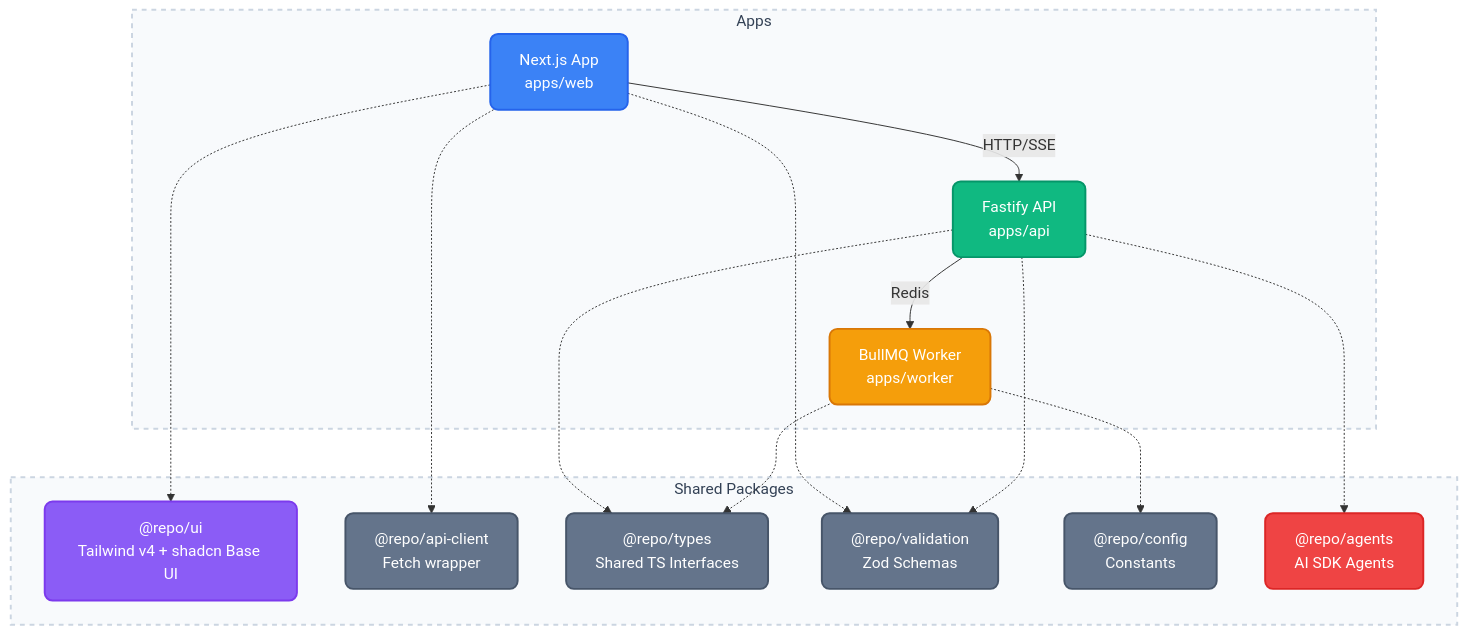
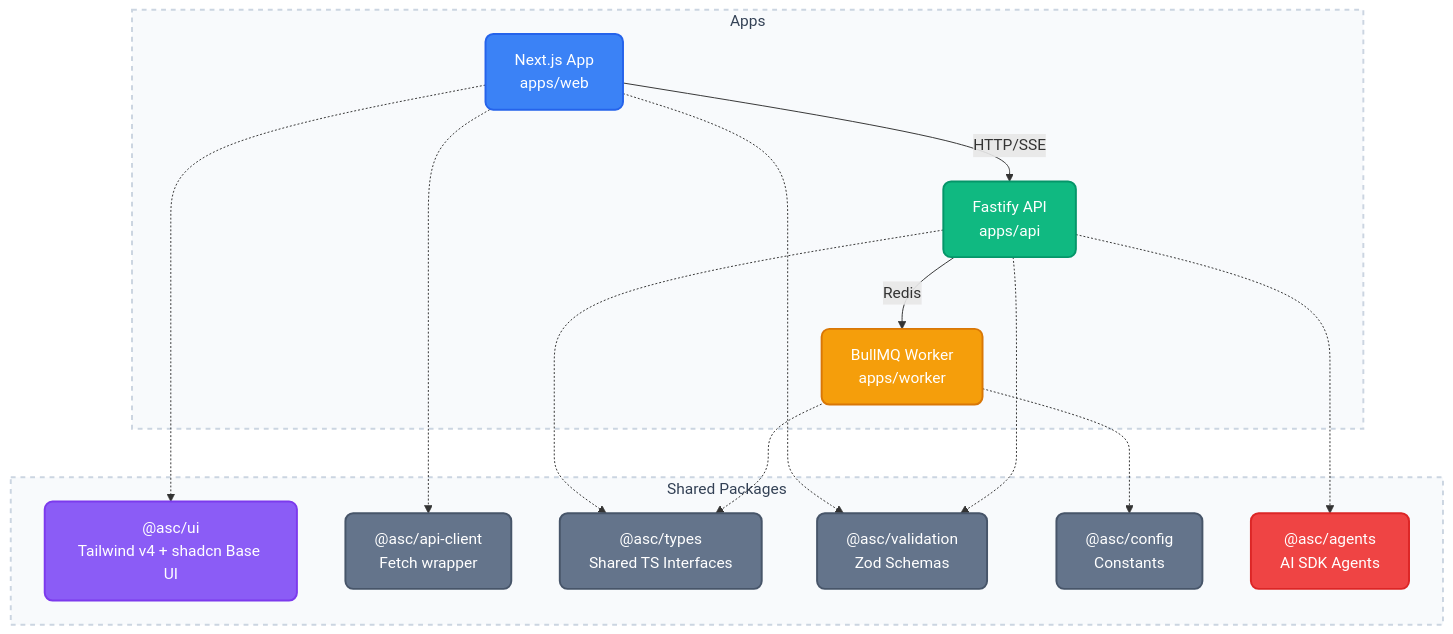
The diagram in README.md (imRahul05/ASC-EHR), drawn with Mermaid before and after one commit. The commit also changed 88 other files, not shown here.

First line of the commit message:
chore: rename internal package scope @repo/* -> @asc/*

````diff
--- a/README.md
+++ b/README.md
@@ -7,41 +7,41 @@
 ```mermaid
 flowchart TD
     %% Node Styling Definitions
     classDef webApp fill:#3b82f6,stroke:#2563eb,stroke-width:2px,color:#fff,rx:8px,ry:8px
     classDef apiApp fill:#10b981,stroke:#059669,stroke-width:2px,color:#fff,rx:8px,ry:8px
     classDef workerApp fill:#f59e0b,stroke:#d97706,stroke-width:2px,color:#fff,rx:8px,ry:8px
     classDef packageUI fill:#8b5cf6,stroke:#7c3aed,stroke-width:2px,color:#fff,rx:8px,ry:8px
     classDef packageCore fill:#64748b,stroke:#475569,stroke-width:2px,color:#fff,rx:8px,ry:8px
     classDef packageAI fill:#ef4444,stroke:#dc2626,stroke-width:2px,color:#fff,rx:8px,ry:8px
     classDef container fill:#f8fafc,stroke:#cbd5e1,stroke-width:2px,stroke-dasharray: 5 5,color:#334155
 
     subgraph Apps ["Apps"]
         Web["Next.js App<br/>apps/web"]:::webApp
         API["Fastify API<br/>apps/api"]:::apiApp
         Worker["BullMQ Worker<br/>apps/worker"]:::workerApp
     end
 
     subgraph SharedPackages ["Shared Packages"]
-        UI["@repo/ui<br/>Tailwind v4 + shadcn Base UI"]:::packageUI
-        APIClient["@repo/api-client<br/>Fetch wrapper"]:::packageCore
-        Types["@repo/types<br/>Shared TS Interfaces"]:::packageCore
-        Validation["@repo/validation<br/>Zod Schemas"]:::packageCore
-        Config["@repo/config<br/>Constants"]:::packageCore
-        Agents["@repo/agents<br/>AI SDK Agents"]:::packageAI
+        UI["@asc/ui<br/>Tailwind v4 + shadcn Base UI"]:::packageUI
+        APIClient["@asc/api-client<br/>Fetch wrapper"]:::packageCore
+        Types["@asc/types<br/>Shared TS Interfaces"]:::packageCore
+        Validation["@asc/validation<br/>Zod Schemas"]:::packageCore
+        Config["@asc/config<br/>Constants"]:::packageCore
+        Agents["@asc/agents<br/>AI SDK Agents"]:::packageAI
     end
 
     class Apps,SharedPackages container
 
     Web -->|HTTP/SSE| API
     Web -.-> UI
     Web -.-> APIClient
     Web -.-> Validation
     
     API -->|Redis| Worker
     API -.-> Validation
     API -.-> Types
     API -.-> Agents
 
     Worker -.-> Types
     Worker -.-> Config
 ```
````
